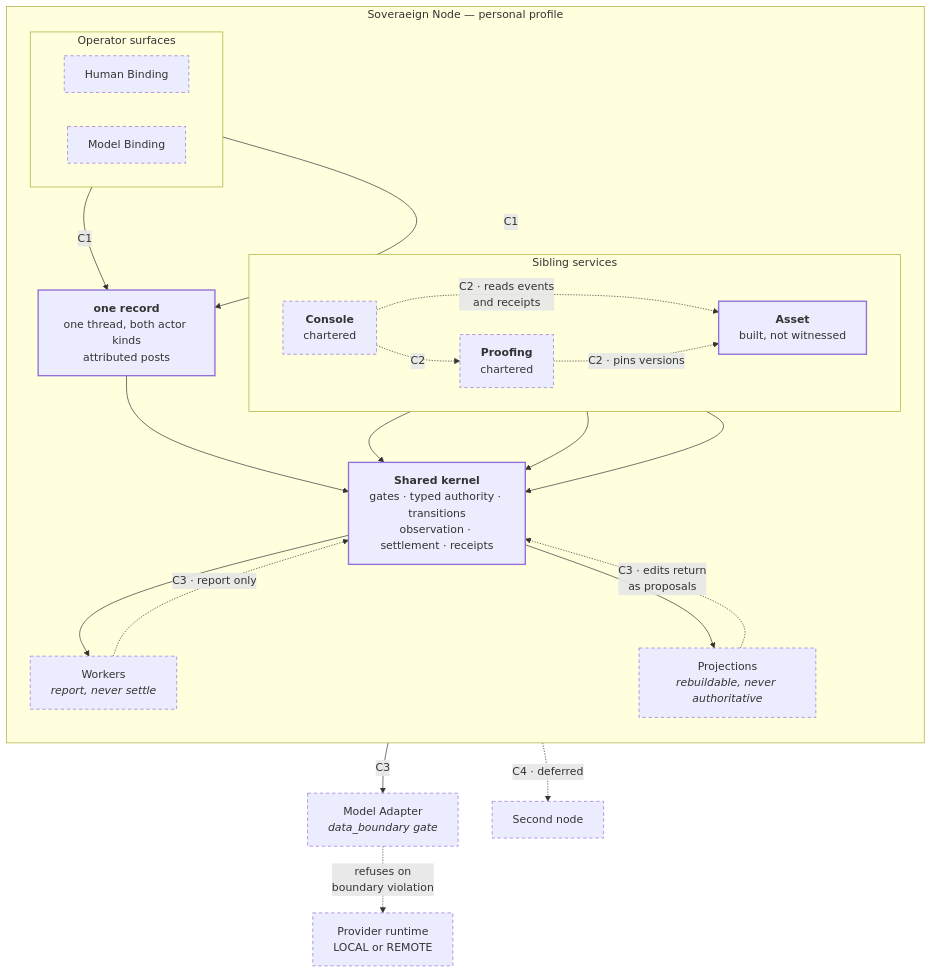
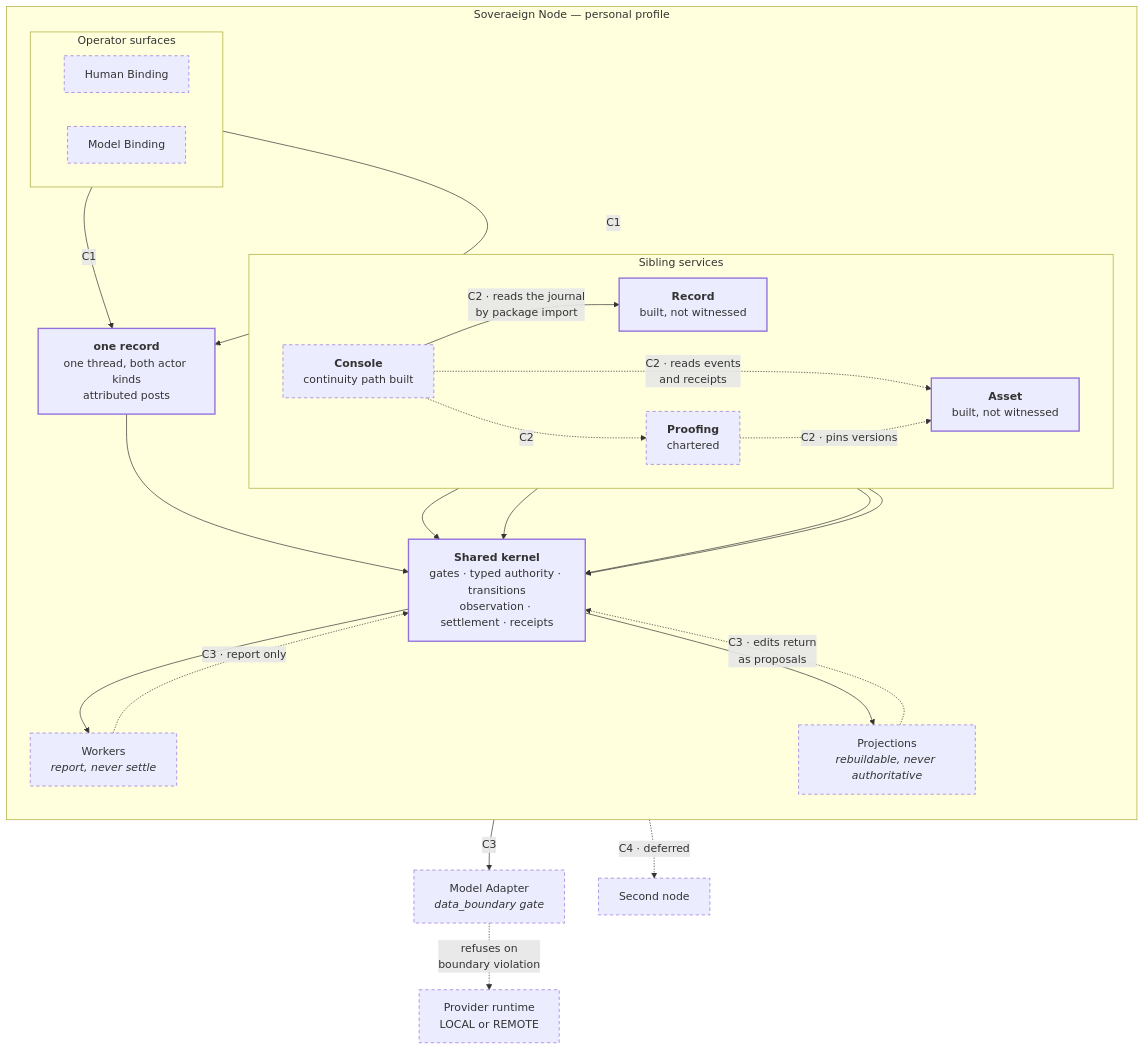
One commit to bdf1992/Soveraeign changed the diagram in diagrams/crossing-topology.md. Above: the diagram before and after it, drawn with Mermaid. The commit also changed other lines of this file and 12 other files, not shown here.

First line of the commit message:
feat(diagrams): make diagram staleness executable instead of asserted

````diff
--- a/diagrams/crossing-topology.md
+++ b/diagrams/crossing-topology.md
@@ -21,51 +20,54 @@
 ```mermaid
 flowchart TB
     subgraph nd["Soveraeign Node — personal profile"]
         direction TB
 
         subgraph surf["Operator surfaces"]
             direction LR
             HB["Human Binding"]
             MB["Model Binding"]
         end
 
         REC["<b>one record</b><br/>one thread, both actor kinds<br/>attributed posts"]
         K["<b>Shared kernel</b><br/>gates · typed authority · transitions<br/>observation · settlement · receipts"]
 
         subgraph svc["Sibling services"]
             direction LR
             A["<b>Asset</b><br/>built, not witnessed"]
+            RC["<b>Record</b><br/>built, not witnessed"]
+            C["<b>Console</b><br/>continuity path built"]
             P["<b>Proofing</b><br/>chartered"]
-            C["<b>Console</b><br/>chartered"]
         end
 
         W["Workers<br/><i>report, never settle</i>"]
         PJ["Projections<br/><i>rebuildable, never authoritative</i>"]
     end
 
     MA["Model Adapter<br/><i>data_boundary gate</i>"]
     PV["Provider runtime<br/>LOCAL or REMOTE"]
     N2["Second node"]
 
     HB   -- "C1" --> REC
     MB   -- "C1" --> REC
     REC          --> K
     A    --> K
+    RC   --> K
     P    --> K
     C    --> K
     K    --> W
     W    -. "C3 · report only" .-> K
     K    --> PJ
     PJ   -. "C3 · edits return<br/>as proposals" .-> K
+    C    -- "C2 · reads the journal<br/>by package import" --> RC
     C    -. "C2 · reads events<br/>and receipts" .-> A
     C    -. "C2" .-> P
     P    -. "C2 · pins versions" .-> A
     MB   -- "C3" --> MA
     MA   -. "refuses on<br/>boundary violation" .-> PV
     nd   -. "C4 · deferred" .-> N2
 
     classDef pen stroke-width:2px
     classDef pencil stroke-dasharray:5 4,stroke-width:1px
-    class K,REC,A pen
+    class K,REC,A,RC pen
     class HB,MB,P,C,W,PJ,MA,PV,N2 pencil
 ```
````
